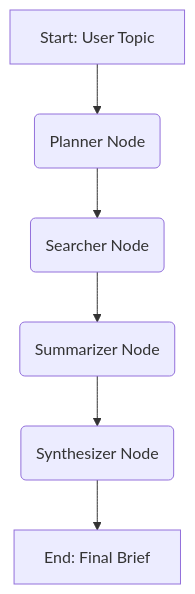
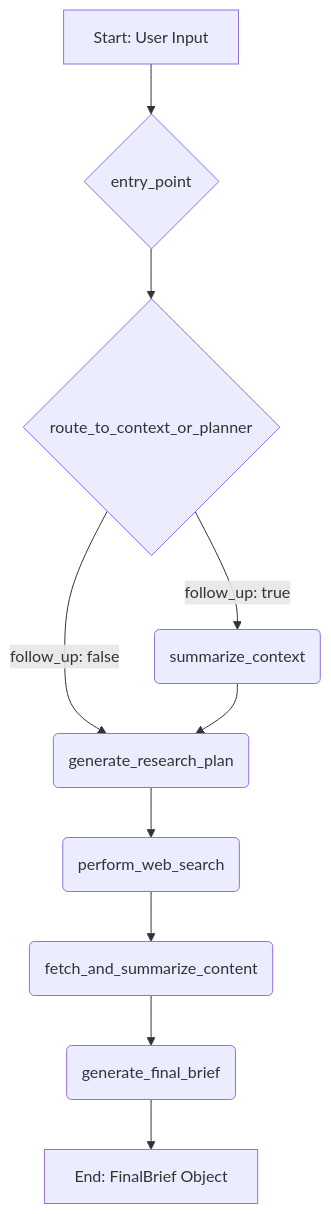
One commit to jatinchawla007/LangGraph_Research_Assistant changed the diagram in README.md. Above: the diagram before and after it, drawn with Mermaid.

````diff
--- a/README.md
+++ b/README.md
@@ -32,8 +32,12 @@
 ```mermaid
 graph TD
-    A[Start: User Topic] --> B(Planner Node);
-    B --> C(Searcher Node);
-    C --> D(Summarizer Node);
-    D --> E(Synthesizer Node);
-    E --> F[End: Final Brief];
+    A[Start: User Input] --> B{entry_point}
+    B --> C{route_to_context_or_planner}
+    C -- "follow_up: true" --> D(summarize_context)
+    C -- "follow_up: false" --> E(generate_research_plan)
+    D --> E
+    E --> F(perform_web_search)
+    F --> G(fetch_and_summarize_content)
+    G --> H(generate_final_brief)
+    H --> I[End: FinalBrief Object]
 ```
````
